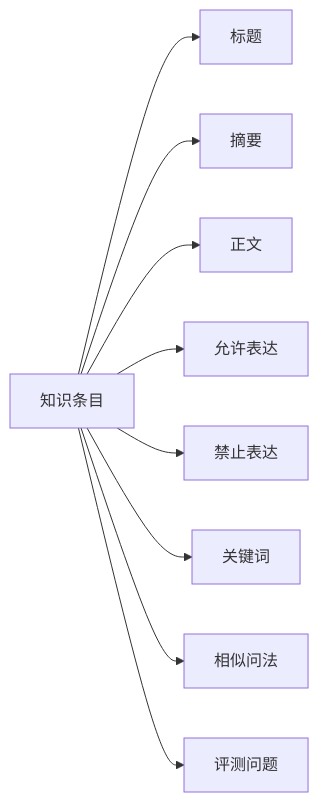
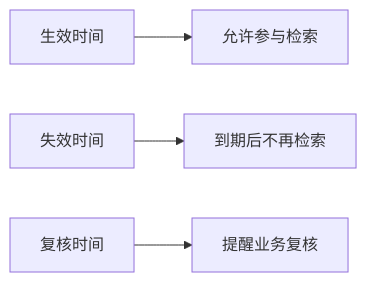
The ninth of 25 diagrams in docs/rag_service_design_report_v1.0.md (YYHRICH/dalizai-knowledge-rag-service), drawn with Mermaid before and after one commit. The commit also changed other lines of this file, not shown here.

````diff
--- a/docs/rag_service_design_report_v1.0.md
+++ b/docs/rag_service_design_report_v1.0.md
@@ -293,11 +348,6 @@
 ```mermaid
 flowchart LR
-    Item[知识条目] --> Title[标题]
-    Item --> Summary[摘要]
-    Item --> Content[正文]
-    Item --> Allow[允许表达]
-    Item --> Forbid[禁止表达]
-    Item --> Keywords[关键词]
-    Item --> Similar[相似问法]
-    Item --> Eval[评测问题]
+    EffectiveFrom[生效时间] --> Search[允许参与检索]
+    EffectiveTo[失效时间] --> Stop[到期后不再检索]
+    ReviewDueAt[复核时间] --> Remind[提醒业务复核]
 ```
````
